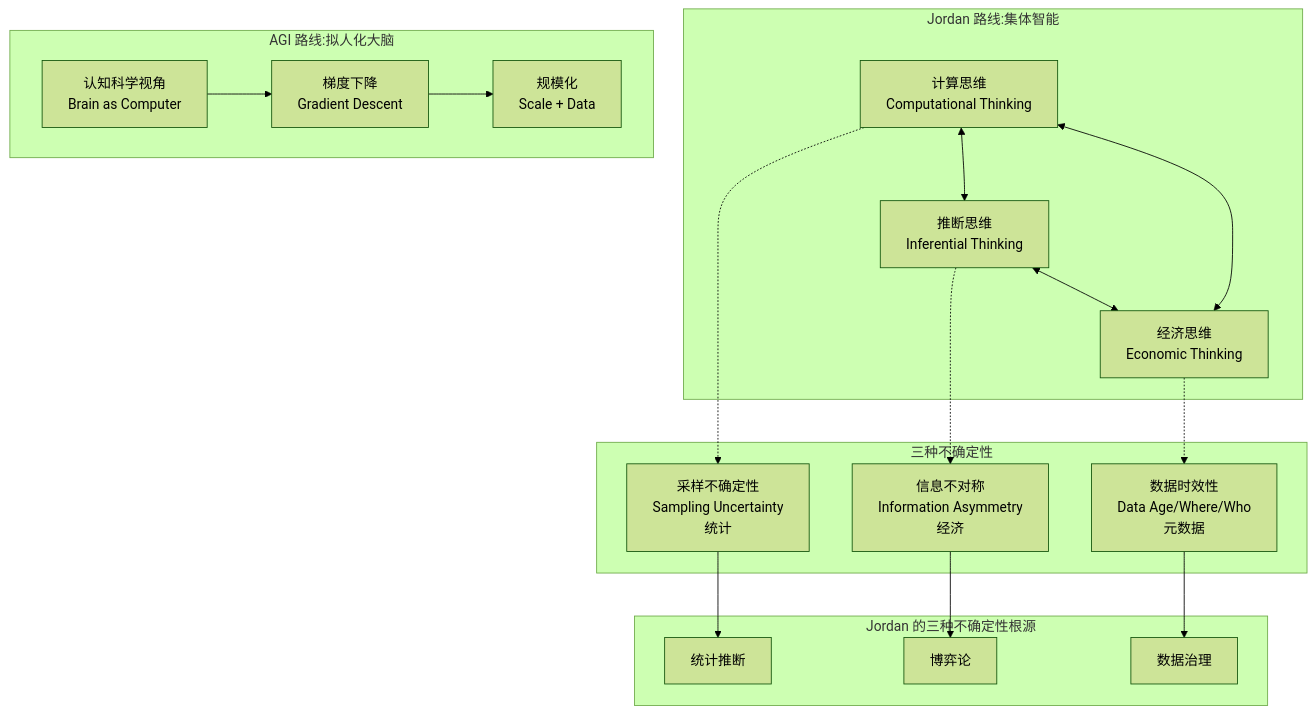
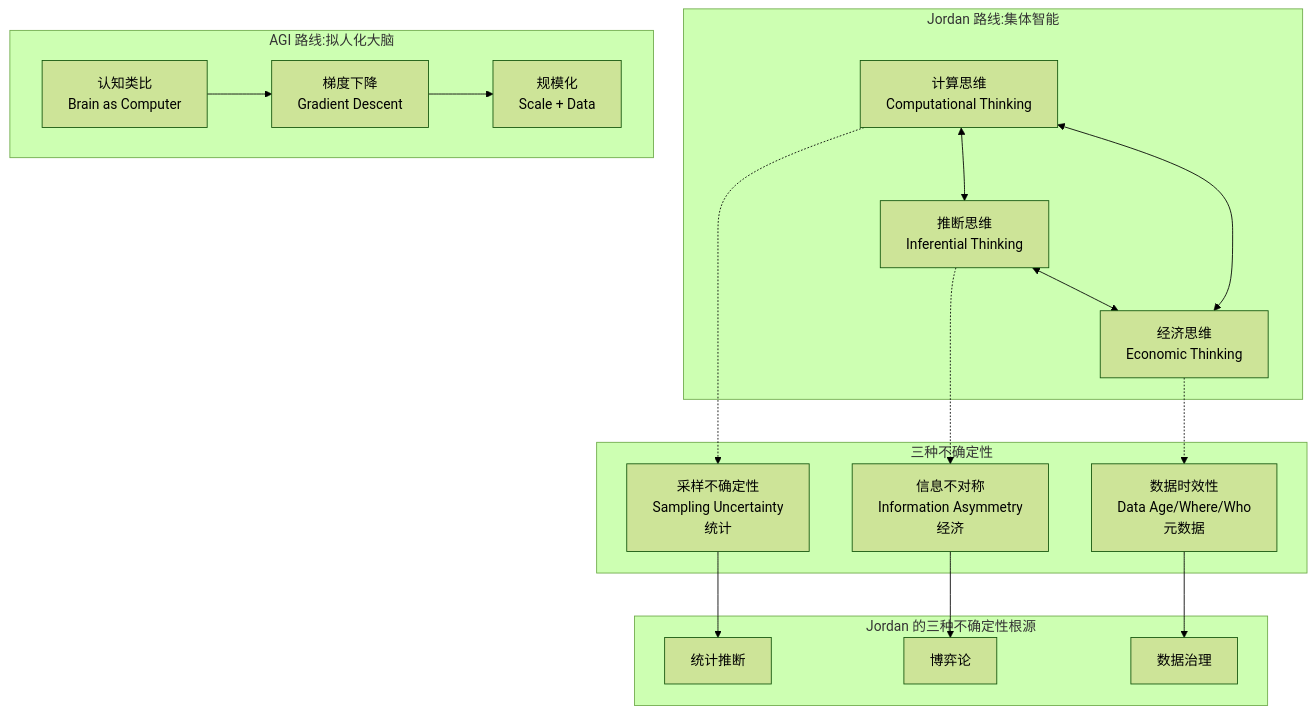
The diagram in content/posts/video/mit-intelligence-is-collective-not-artificial-jordan-mlst-2026.md (A1pha3/text-matrix), drawn with Mermaid (forest theme) before and after one commit. The commit also changed other lines of this file and 227 other files, not shown here.

````diff
--- a/content/posts/video/mit-intelligence-is-collective-not-artificial-jordan-mlst-2026.md
+++ b/content/posts/video/mit-intelligence-is-collective-not-artificial-jordan-mlst-2026.md
@@ -61,38 +61,38 @@
 ```mermaid
 graph TD
   subgraph "Jordan 路线:集体智能"
     J1[计算思维<br/>Computational Thinking]
     J2[推断思维<br/>Inferential Thinking]
     J3[经济思维<br/>Economic Thinking]
     J1 <--> J2
     J2 <--> J3
     J3 <--> J1
   end
 
   subgraph "AGI 路线:拟人化大脑"
-    A1[认知科学视角<br/>Brain as Computer]
+    A1[认知类比<br/>Brain as Computer]
     A2[梯度下降<br/>Gradient Descent]
     A3[规模化<br/>Scale + Data]
     A1 --> A2 --> A3
   end
 
   subgraph "三种不确定性"
     U1[采样不确定性<br/>Sampling Uncertainty<br/>统计]
     U2[信息不对称<br/>Information Asymmetry<br/>经济]
     U3[数据时效性<br/>Data Age/Where/Who<br/>元数据]
   end
 
   J1 -.-> U1
   J2 -.-> U2
   J3 -.-> U3
 
   subgraph "Jordan 的三种不确定性根源"
     R1[统计推断]
     R2[博弈论]
     R3[数据治理]
   end
 
   U1 --> R1
   U2 --> R2
   U3 --> R3
 ```
````
